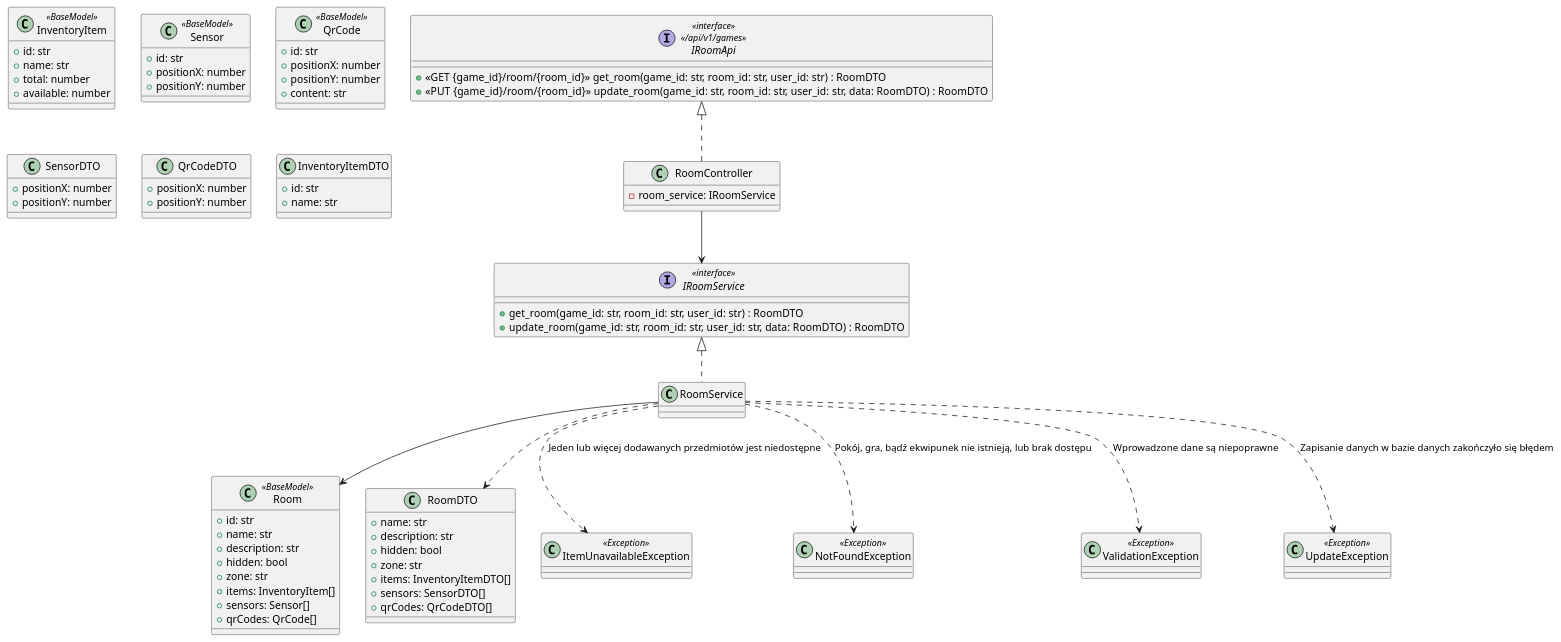
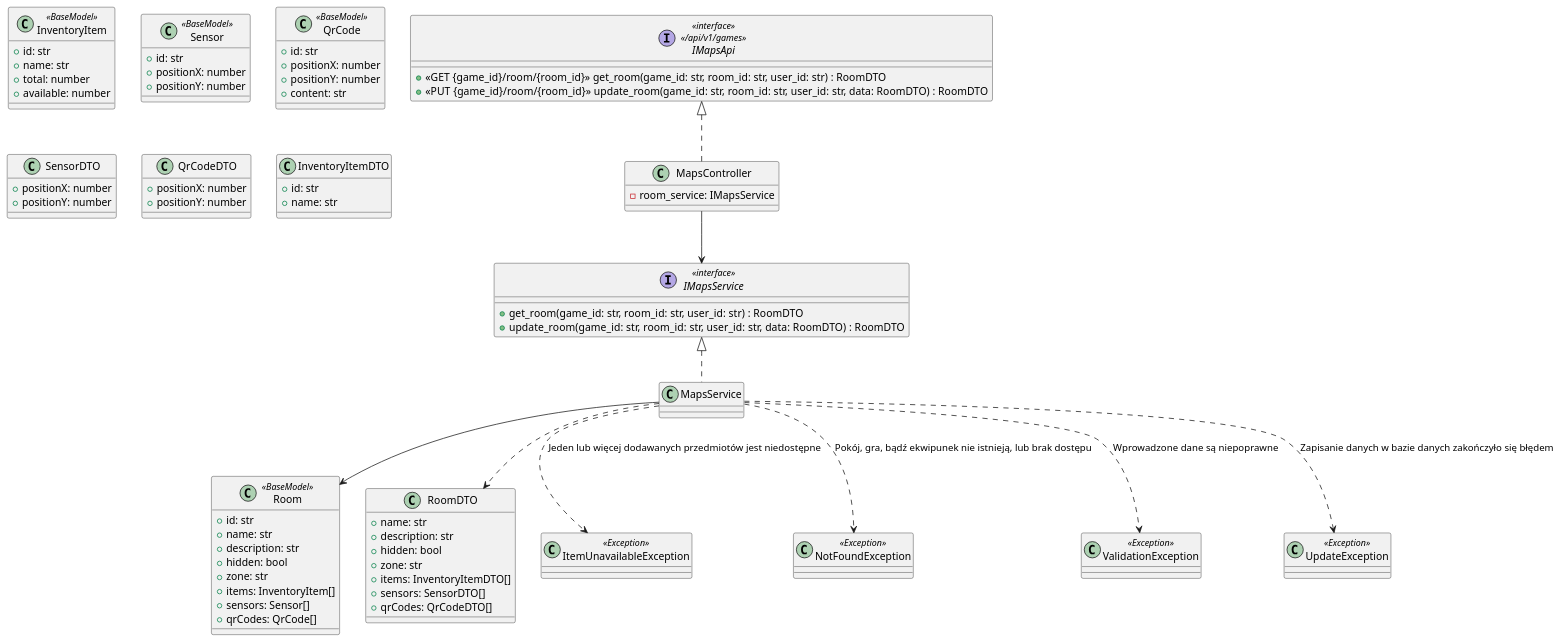
The diagram in diagrams/backend/room-edit.md (Igor-Ochocki/POP-2026Z), drawn with PlantUML before and after one commit.

Commit message:
RoomsXYZ -> MapsXYZ

````diff
--- a/diagrams/backend/room-edit.md
+++ b/diagrams/backend/room-edit.md
@@ -1,21 +1,21 @@
 ```plantuml
-interface IRoomApi <<interface>> \n<< /api/v1/games >> {
+interface IMapsApi <<interface>> \n<< /api/v1/games >> {
     + <<GET {game_id}/room/{room_id}>> get_room(game_id: str, room_id: str, user_id: str) : RoomDTO
     + <<PUT {game_id}/room/{room_id}>> update_room(game_id: str, room_id: str, user_id: str, data: RoomDTO) : RoomDTO
 }
 
-class RoomController implements IRoomApi {
-    - room_service: IRoomService
+class MapsController implements IMapsApi {
+    - room_service: IMapsService
 }
 
-interface IRoomService <<interface>> {
+interface IMapsService <<interface>> {
     + get_room(game_id: str, room_id: str, user_id: str) : RoomDTO
     + update_room(game_id: str, room_id: str, user_id: str, data: RoomDTO) : RoomDTO
 }
 
-RoomController --> IRoomService
+MapsController --> IMapsService
 
-class RoomService implements IRoomService {
+class MapsService implements IMapsService {
 }
 
 class Room <<BaseModel>> {
@@ -92,11 +92,11 @@
 
 }
 
-RoomService --> Room
-RoomService ..> RoomDTO
-RoomService ..> NotFoundException : Pokój, gra, bądź ekwipunek nie istnieją, lub brak dostępu
-RoomService ..> ValidationException : Wprowadzone dane są niepoprawne
-RoomService ..> UpdateException : Zapisanie danych w bazie danych zakończyło się błędem
-RoomService ..> ItemUnavailableException : Jeden lub więcej dodawanych przedmiotów jest niedostępne
+MapsService --> Room
+MapsService ..> RoomDTO
+MapsService ..> NotFoundException : Pokój, gra, bądź ekwipunek nie istnieją, lub brak dostępu
+MapsService ..> ValidationException : Wprowadzone dane są niepoprawne
+MapsService ..> UpdateException : Zapisanie danych w bazie danych zakończyło się błędem
+MapsService ..> ItemUnavailableException : Jeden lub więcej dodawanych przedmiotów jest niedostępne
 
 ```
````
